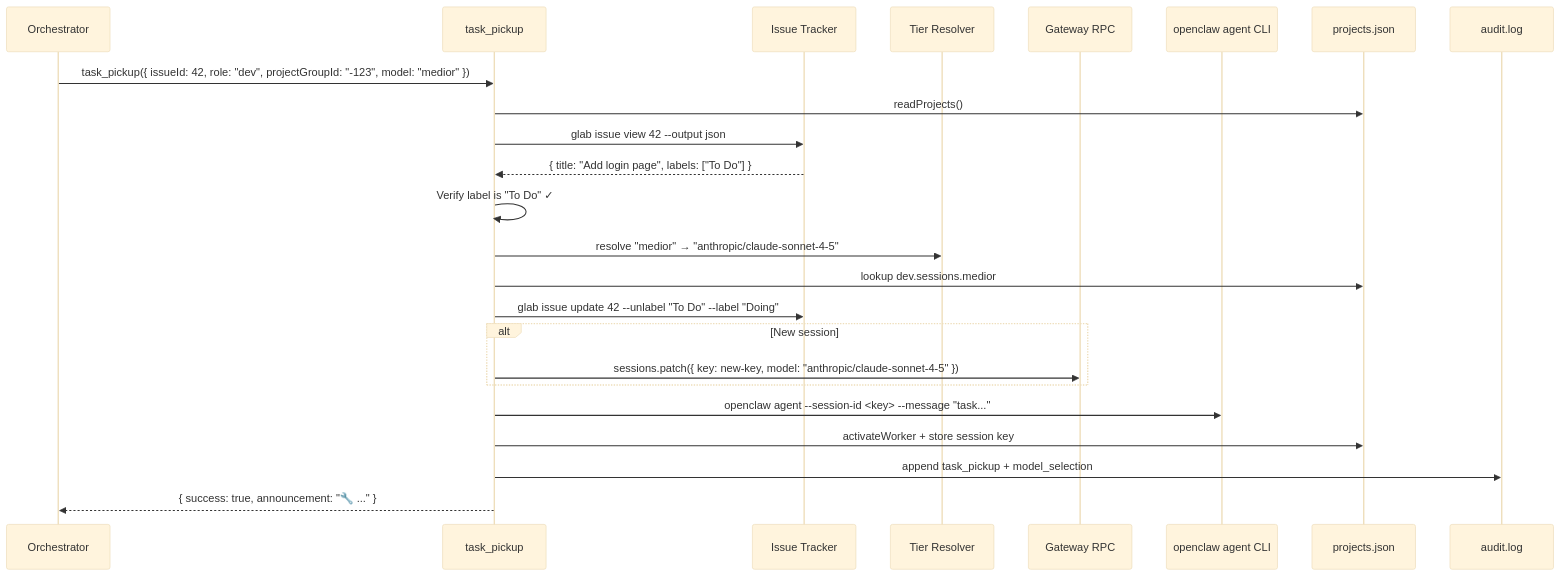
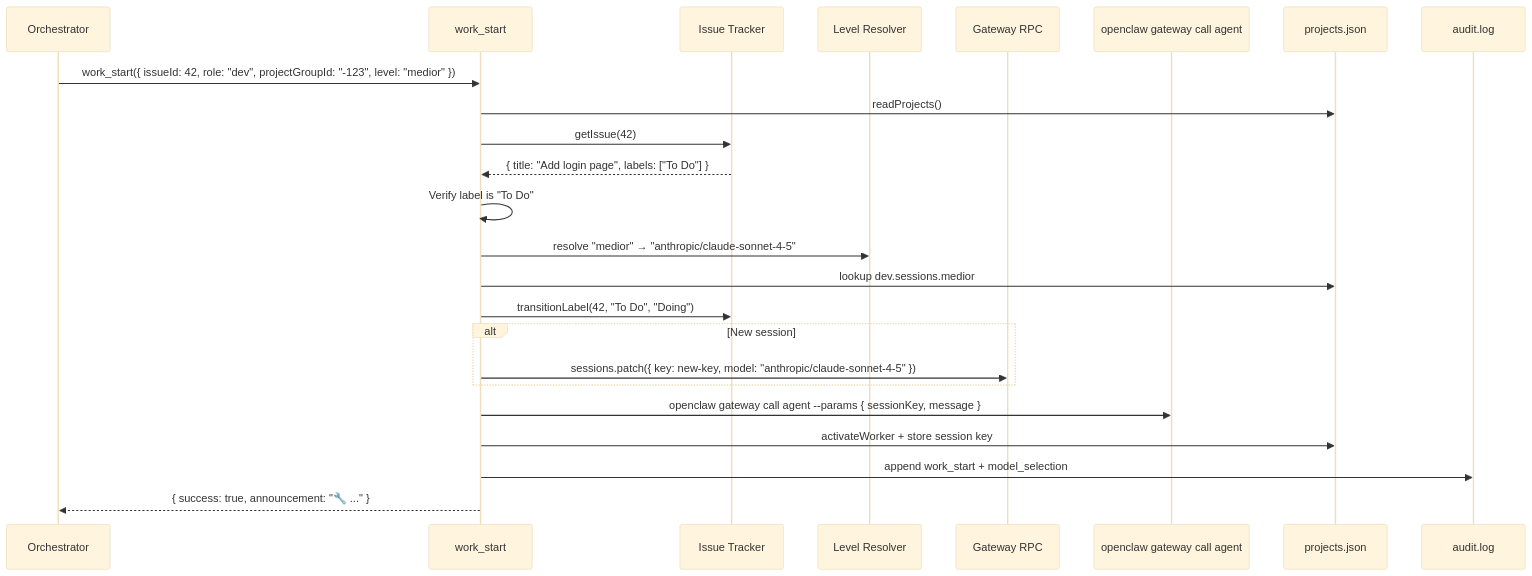
Before and after one commit to StrongheartedX/devclaw: the fifth of 10 diagrams in docs/ARCHITECTURE.md, drawn with Mermaid (base theme). The commit also changed other lines of this file and 10 other files, not shown here.

````diff
--- a/docs/ARCHITECTURE.md
+++ b/docs/ARCHITECTURE.md
@@ -272,27 +272,27 @@
 ```mermaid
 sequenceDiagram
     participant A as Orchestrator
-    participant TP as task_pickup
+    participant WS as work_start
     participant GL as Issue Tracker
-    participant TIER as Tier Resolver
+    participant TIER as Level Resolver
     participant GW as Gateway RPC
-    participant CLI as openclaw agent CLI
+    participant CLI as openclaw gateway call agent
     participant PJ as projects.json
     participant AL as audit.log
 
-    A->>TP: task_pickup({ issueId: 42, role: "dev", projectGroupId: "-123", model: "medior" })
-    TP->>PJ: readProjects()
-    TP->>GL: glab issue view 42 --output json
-    GL-->>TP: { title: "Add login page", labels: ["To Do"] }
-    TP->>TP: Verify label is "To Do" ✓
-    TP->>TIER: resolve "medior" → "anthropic/claude-sonnet-4-5"
-    TP->>PJ: lookup dev.sessions.medior
-    TP->>GL: glab issue update 42 --unlabel "To Do" --label "Doing"
+    A->>WS: work_start({ issueId: 42, role: "dev", projectGroupId: "-123", level: "medior" })
+    WS->>PJ: readProjects()
+    WS->>GL: getIssue(42)
+    GL-->>WS: { title: "Add login page", labels: ["To Do"] }
+    WS->>WS: Verify label is "To Do"
+    WS->>TIER: resolve "medior" → "anthropic/claude-sonnet-4-5"
+    WS->>PJ: lookup dev.sessions.medior
+    WS->>GL: transitionLabel(42, "To Do", "Doing")
     alt New session
-        TP->>GW: sessions.patch({ key: new-key, model: "anthropic/claude-sonnet-4-5" })
+        WS->>GW: sessions.patch({ key: new-key, model: "anthropic/claude-sonnet-4-5" })
     end
-    TP->>CLI: openclaw agent --session-id <key> --message "task..."
-    TP->>PJ: activateWorker + store session key
-    TP->>AL: append task_pickup + model_selection
-    TP-->>A: { success: true, announcement: "🔧 ..." }
+    WS->>CLI: openclaw gateway call agent --params { sessionKey, message }
+    WS->>PJ: activateWorker + store session key
+    WS->>AL: append work_start + model_selection
+    WS-->>A: { success: true, announcement: "🔧 ..." }
 ```
````
